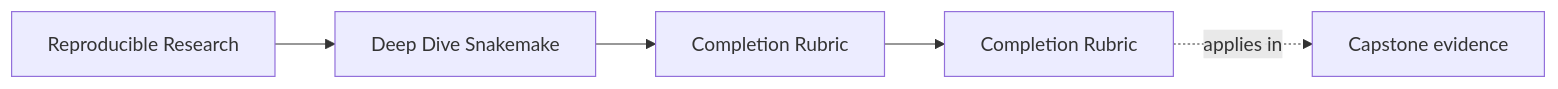
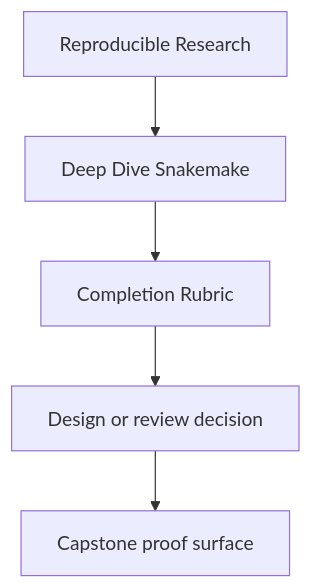
The first of 2 diagrams in programs/reproducible-research/deep-dive-snakemake/course-book/reference/completion-rubric.md (bijux/bijux-masterclass), drawn with Mermaid before and after one commit. The commit also changed other lines of this file and 29 other files, not shown here.

Commit message:
docs(deep-dive-snakemake): sharpen guide and reference diagrams

````diff
--- a/programs/reproducible-research/deep-dive-snakemake/course-book/reference/completion-rubric.md
+++ b/programs/reproducible-research/deep-dive-snakemake/course-book/reference/completion-rubric.md
@@ -9,11 +9,7 @@
 ```mermaid
-graph LR
-  family["Reproducible Research"]
-  program["Deep Dive Snakemake"]
-  section["Completion Rubric"]
-  page["Completion Rubric"]
-  capstone["Capstone evidence"]
-
-  family --> program --> section --> page
-  page -.applies in.-> capstone
+flowchart TD
+  family["Reproducible Research"] --> program["Deep Dive Snakemake"]
+  program --> reference["Completion Rubric"]
+  reference --> review["Design or review decision"]
+  review --> capstone["Capstone proof surface"]
 ```
````
